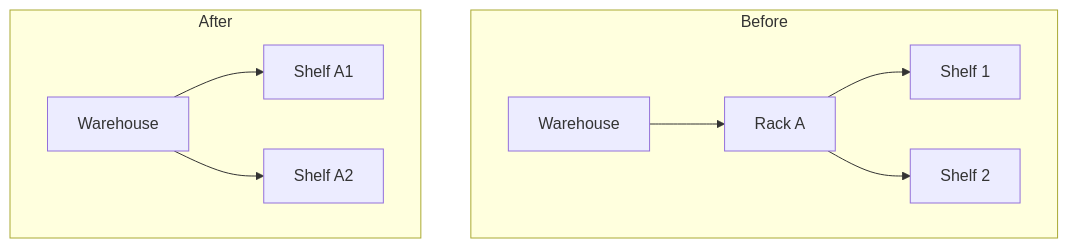
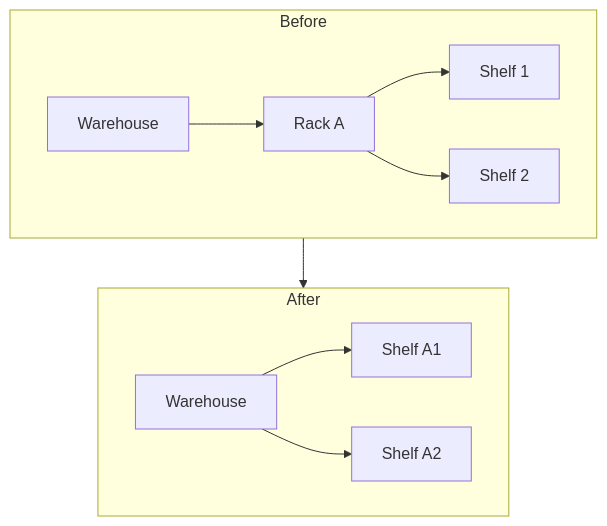
The second of 3 diagrams in pages/concepts/locations.mdx (optimize-business/docs), drawn with Mermaid before and after one commit.

Commit message:
better show before an after steps

````diff
--- a/pages/concepts/locations.mdx
+++ b/pages/concepts/locations.mdx
@@ -29,14 +29,16 @@
 ```mermaid
 graph TD;
     subgraph a[Before]
         bw[Warehouse] --> br[Rack A]
         br --> brs1[Shelf 1]
         br --> brs2[Shelf 2]
     end
 
+    a --> b
+
     subgraph b[After]
         aw[Warehouse]
         aw --> ars1[Shelf A1]
         aw --> ars2[Shelf A2]
     end
 ```
````
